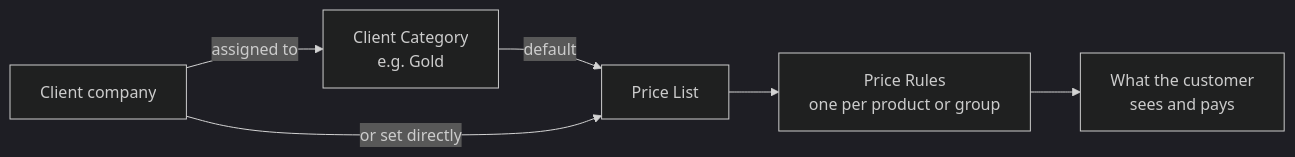
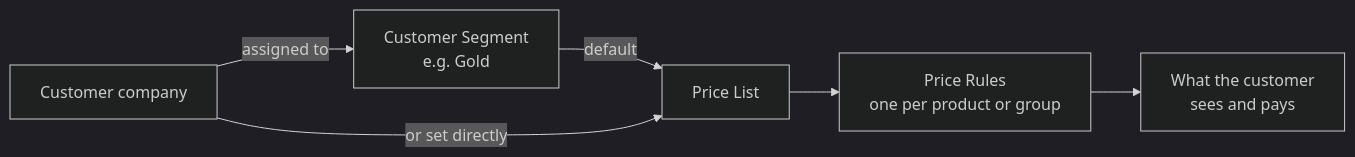
One commit to LaplaceSoftware/lp_projects_docs changed the first of 2 diagrams in docs/b2b_ecommerce_docs/_user_guide/012-Account-Manager-Portal-Pricing.md. Above: the diagram before and after it, drawn with Mermaid (dark theme). The commit also changed other lines of this file and 48 other files, not shown here.

````diff
--- a/docs/b2b_ecommerce_docs/_user_guide/012-Account-Manager-Portal-Pricing.md
+++ b/docs/b2b_ecommerce_docs/_user_guide/012-Account-Manager-Portal-Pricing.md
@@ -6,8 +6,8 @@
 ```mermaid
 flowchart LR
-    CC["Client Category<br/>e.g. Gold"] -->|"default"| PL["Price List"]
-    CL["Client company"] -->|"assigned to"| CC
+    CC["Customer Segment<br/>e.g. Gold"] -->|"default"| PL["Price List"]
+    CL["Customer company"] -->|"assigned to"| CC
     CL -->|"or set directly"| PL
     PL --> PI["Price Rules<br/>one per product or group"]
     PI --> WHAT["What the customer<br/>sees and pays"]
 ```
````
